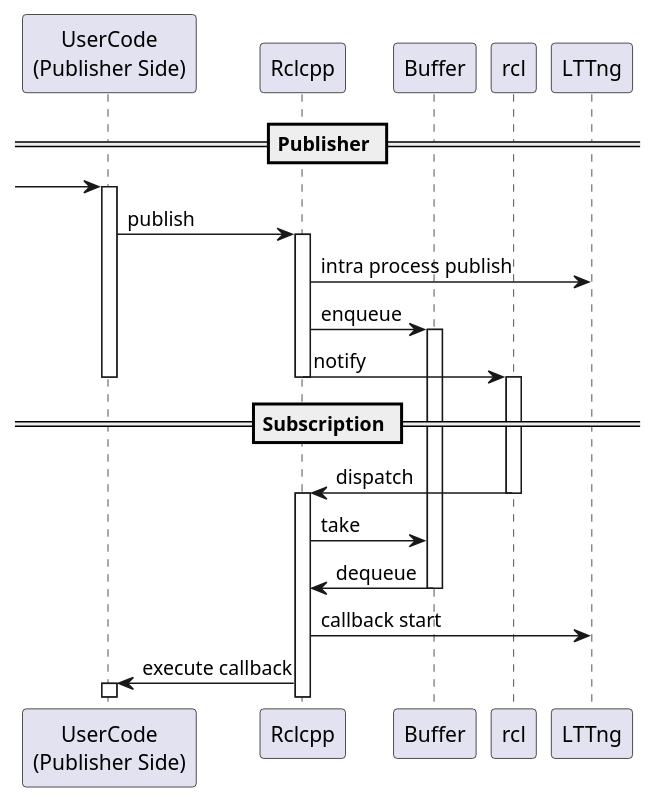
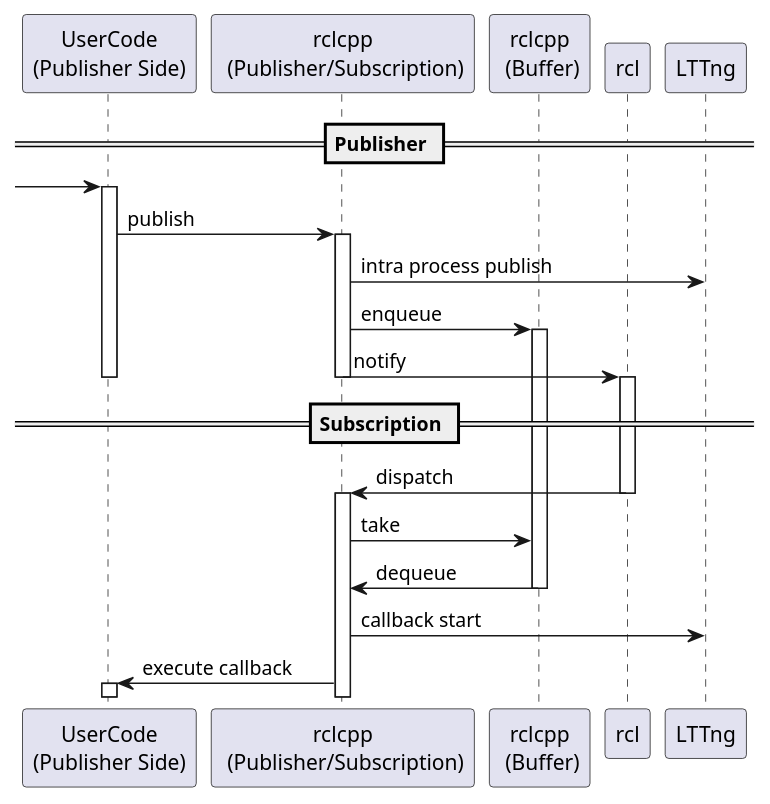
One commit to hsgwa/CARET_doc changed the diagram in docs/tmp.plantuml. Above: the diagram before and after it, drawn with PlantUML. The commit also changed 12 other files, not shown here.

```diff
--- a/docs/tmp.plantuml
+++ b/docs/tmp.plantuml
@@ -1,39 +1,39 @@
 
 participant "UserCode\n(Publisher Side)" as Callback
-participant Rclcpp
-participant Buffer
+participant "rclcpp\n (Publisher/Subscription)" as Rclcpp
+participant "rclcpp\n (Buffer)" as Buffer
 participant rcl
 participant LTTng
 
 == Publisher ==
 
 -> Callback
 activate Callback
 
 Callback -> Rclcpp : publish
 activate Rclcpp
 Rclcpp -> LTTng : intra process publish
 
 Rclcpp -> Buffer : enqueue
 activate Buffer
 Rclcpp -> rcl : notify
 deactivate Rclcpp
 activate rcl
 
 deactivate Callback
 
 == Subscription ==
 
 rcl -> Rclcpp : dispatch
 deactivate rcl
 
 activate Rclcpp
 
 Rclcpp -> Buffer : take
 Buffer -> Rclcpp: dequeue
 deactivate Buffer
 
 Rclcpp -> LTTng : callback start
 Rclcpp -> Callback : execute callback
 
 activate Callback
```
